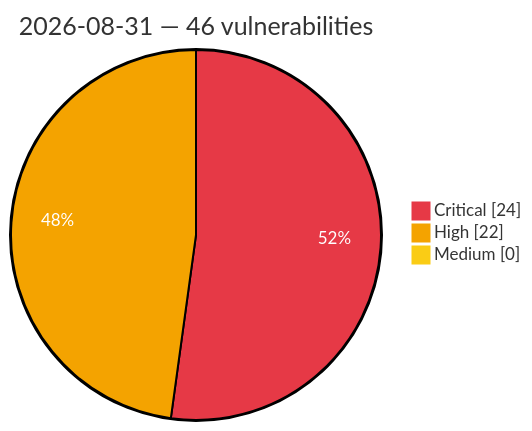
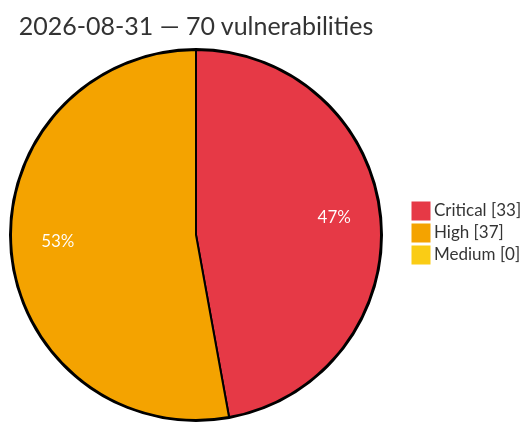
One commit to GhostX0X/vuln-tracker changed the diagram in vulnerabilities/2026/August/2026-08-31.md. Above: the diagram before and after it, drawn with Mermaid. The commit also changed other lines of this file and 5 other files, not shown here.

Commit message:
Auto update: critical/high vulns (2026-09-01 01:17 UTC)

````diff
--- a/vulnerabilities/2026/August/2026-08-31.md
+++ b/vulnerabilities/2026/August/2026-08-31.md
@@ -3,8 +3,8 @@
 ```mermaid
 %%{init: {'theme':'base', 'themeVariables': {'pie1':'#e63946', 'pie2':'#f4a300', 'pie3':'#facc15', 'pieOpacity':'1', 'pieOuterStrokeWidth':'2px', 'pieSectionTextColor':'#ffffff'}}}%%
 pie showData
-    title 2026-08-31 — 46 vulnerabilities
-    "Critical" : 24
-    "High" : 22
+    title 2026-08-31 — 70 vulnerabilities
+    "Critical" : 33
+    "High" : 37
     "Medium" : 0
 ```
````
